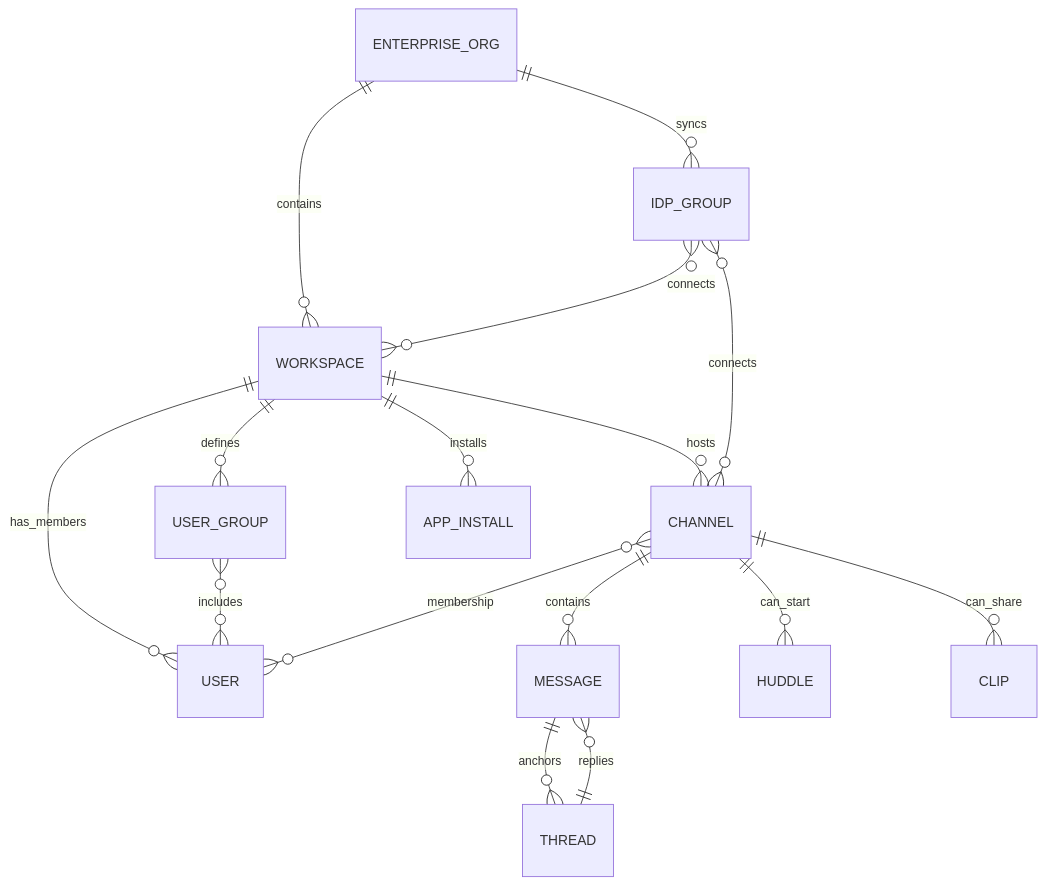
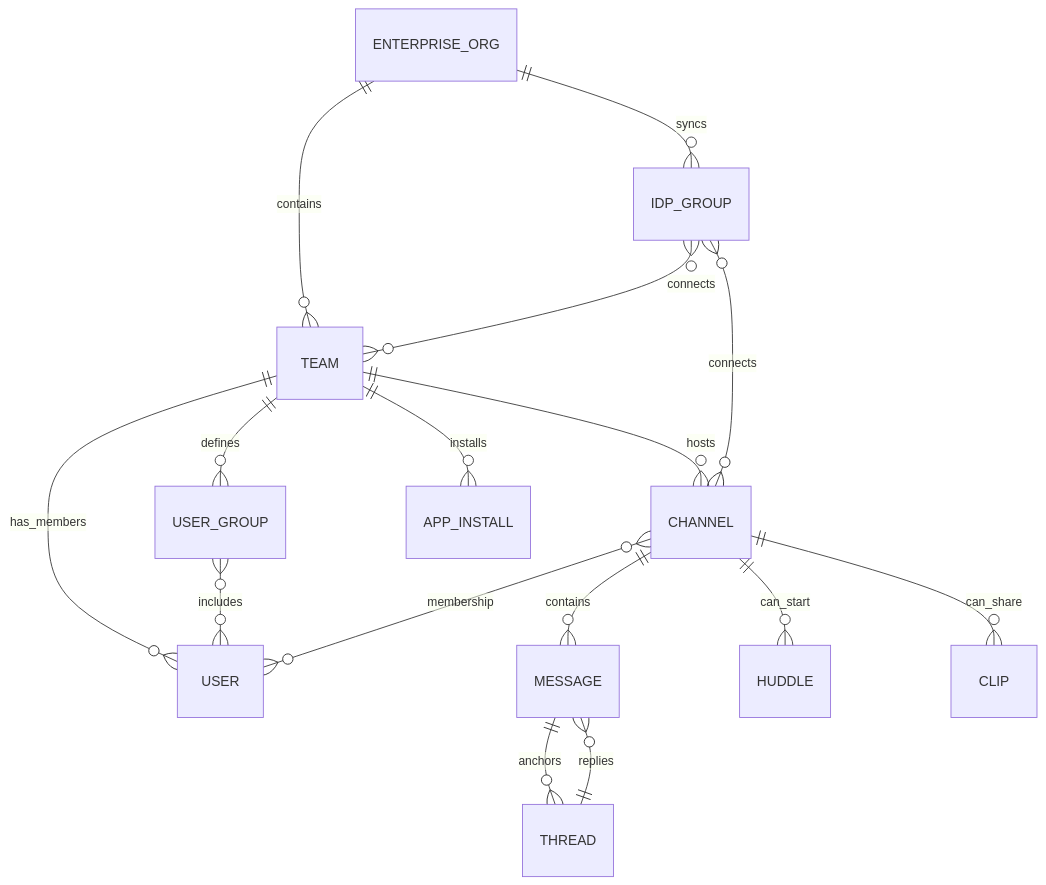
The first of 3 diagrams in docs/research/deep-research-on-the-slack-interface-and-interaction-model.md (UnlikeOtherAI/Nessie), drawn with Mermaid before and after one commit. The commit also changed other lines of this file and 776 other files, not shown here.

First line of the commit message:
refactor: rename the workspace concept to team, everywhere

````diff
--- a/docs/research/deep-research-on-the-slack-interface-and-interaction-model.md
+++ b/docs/research/deep-research-on-the-slack-interface-and-interaction-model.md
@@ -29,18 +29,18 @@
 ```mermaid
 erDiagram
-  ENTERPRISE_ORG ||--o{ WORKSPACE : contains
-  WORKSPACE ||--o{ CHANNEL : hosts
-  WORKSPACE ||--o{ USER : has_members
-  WORKSPACE ||--o{ USER_GROUP : defines
+  ENTERPRISE_ORG ||--o{ TEAM : contains
+  TEAM ||--o{ CHANNEL : hosts
+  TEAM ||--o{ USER : has_members
+  TEAM ||--o{ USER_GROUP : defines
   USER_GROUP }o--o{ USER : includes
-  WORKSPACE ||--o{ APP_INSTALL : installs
+  TEAM ||--o{ APP_INSTALL : installs
   CHANNEL }o--o{ USER : membership
   CHANNEL ||--o{ MESSAGE : contains
   MESSAGE ||--o{ THREAD : anchors
   THREAD ||--o{ MESSAGE : replies
   CHANNEL ||--o{ HUDDLE : can_start
   CHANNEL ||--o{ CLIP : can_share
   ENTERPRISE_ORG ||--o{ IDP_GROUP : syncs
-  IDP_GROUP }o--o{ WORKSPACE : connects
+  IDP_GROUP }o--o{ TEAM : connects
   IDP_GROUP }o--o{ CHANNEL : connects
 ```
````
